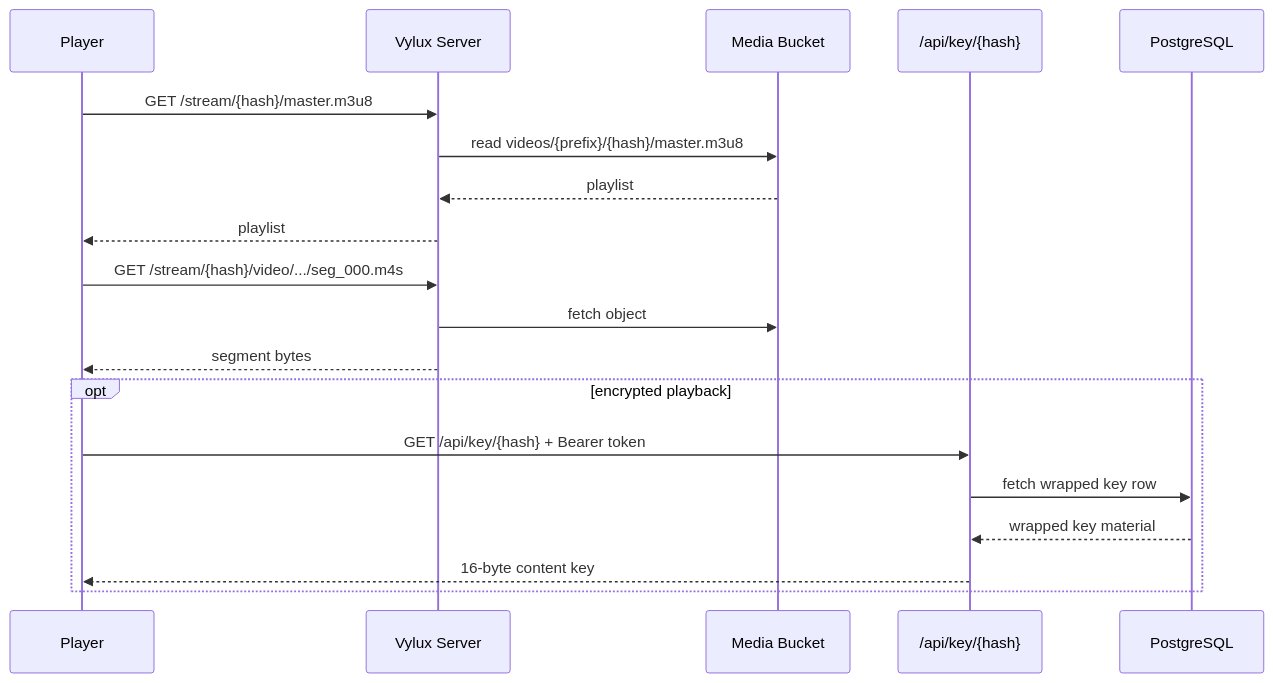
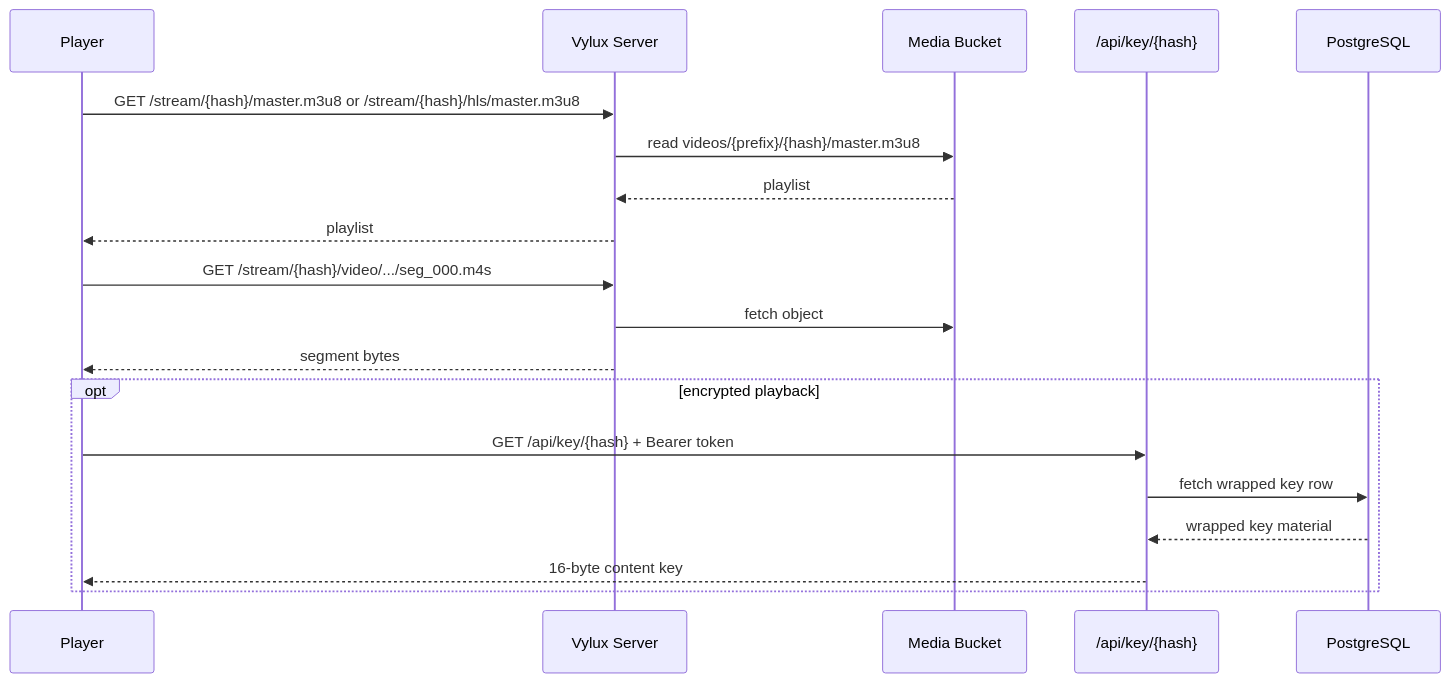
Before and after one commit to carry0987/Vylux: the third of 3 diagrams in docs/architecture/request-lifecycle.md, drawn with Mermaid. The commit also changed other lines of this file and 31 other files, not shown here.

````diff
--- a/docs/architecture/request-lifecycle.md
+++ b/docs/architecture/request-lifecycle.md
@@ -156,22 +170,22 @@
 ```mermaid
 sequenceDiagram
 	participant Player
 	participant Server as Vylux Server
 	participant Media as Media Bucket
 	participant KeyAPI as /api/key/{hash}
 	participant PG as PostgreSQL
 
-	Player->>Server: GET /stream/{hash}/master.m3u8
+	Player->>Server: GET /stream/{hash}/master.m3u8 or /stream/{hash}/hls/master.m3u8
 	Server->>Media: read videos/{prefix}/{hash}/master.m3u8
 	Media-->>Server: playlist
 	Server-->>Player: playlist
 	Player->>Server: GET /stream/{hash}/video/.../seg_000.m4s
 	Server->>Media: fetch object
 	Server-->>Player: segment bytes
 	opt encrypted playback
 		Player->>KeyAPI: GET /api/key/{hash} + Bearer token
 		KeyAPI->>PG: fetch wrapped key row
 		PG-->>KeyAPI: wrapped key material
 		KeyAPI-->>Player: 16-byte content key
 	end
 ```
````
